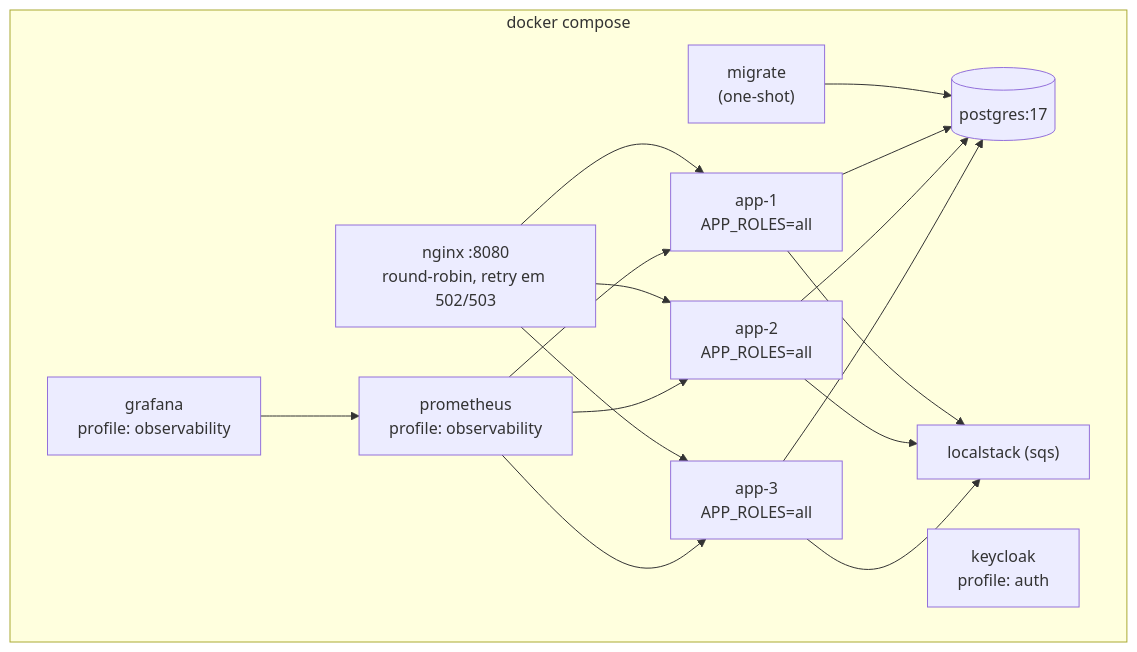
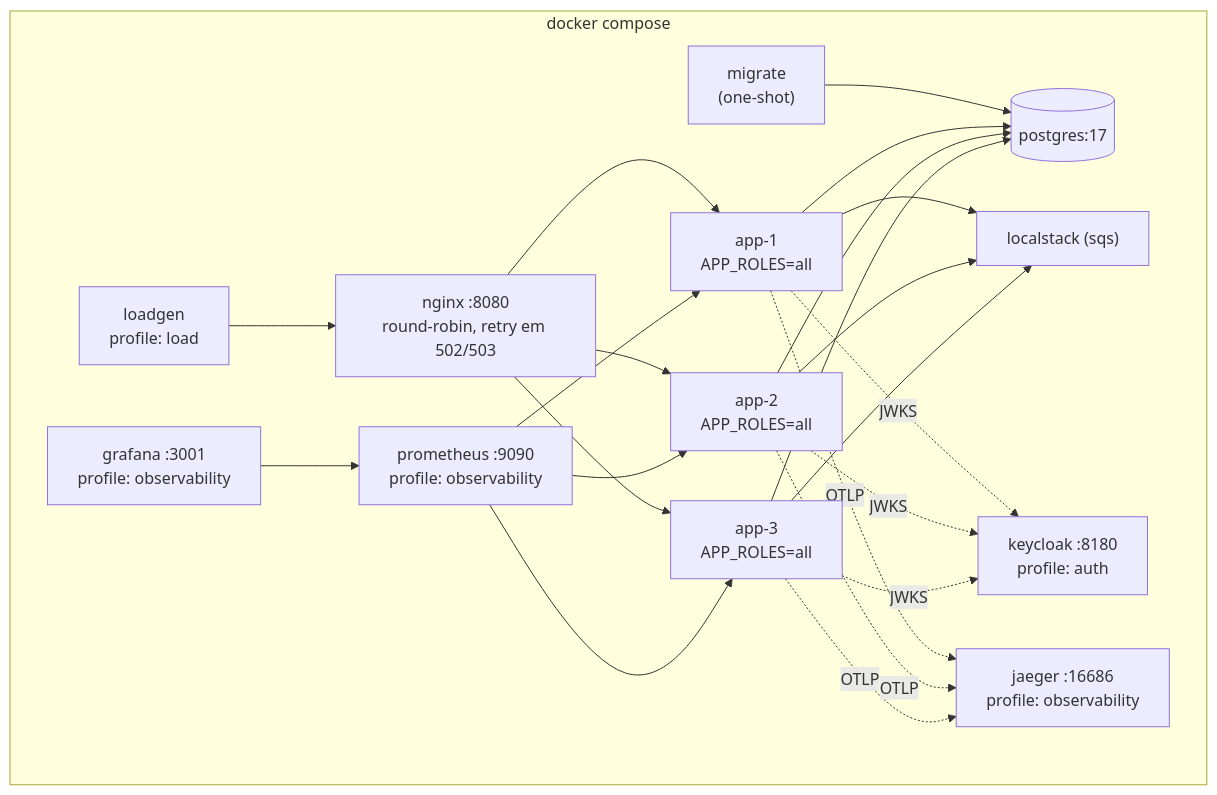
Before and after one commit to RodrigoTorreao/jungle-backend: the second of 13 diagrams in ARCHITECTURE.md, drawn with Mermaid. The commit also changed other lines of this file and 5 other files, not shown here.

Commit message:
docs: sprint 6 load test report, auth, tracing and decision log

````diff
--- a/ARCHITECTURE.md
+++ b/ARCHITECTURE.md
@@ -95,21 +95,26 @@
 ```mermaid
 flowchart TB
     subgraph compose["docker compose"]
         LB["nginx :8080<br/>round-robin, retry em 502/503"]
         MG["migrate<br/>(one-shot)"]
         A1["app-1<br/>APP_ROLES=all"]
         A2["app-2<br/>APP_ROLES=all"]
         A3["app-3<br/>APP_ROLES=all"]
         PG[("postgres:17")]
         LS["localstack (sqs)"]
-        KC["keycloak<br/>profile: auth"]
-        PR["prometheus<br/>profile: observability"]
-        GF["grafana<br/>profile: observability"]
+        KC["keycloak :8180<br/>profile: auth"]
+        PR["prometheus :9090<br/>profile: observability"]
+        GF["grafana :3001<br/>profile: observability"]
+        JG["jaeger :16686<br/>profile: observability"]
+        LG["loadgen<br/>profile: load"]
     end
+    LG --> LB
     LB --> A1 & A2 & A3
     MG --> PG
     A1 & A2 & A3 --> PG
     A1 & A2 & A3 --> LS
+    A1 & A2 & A3 -. JWKS .-> KC
+    A1 & A2 & A3 -. OTLP .-> JG
     PR --> A1 & A2 & A3
     GF --> PR
 ```
````
